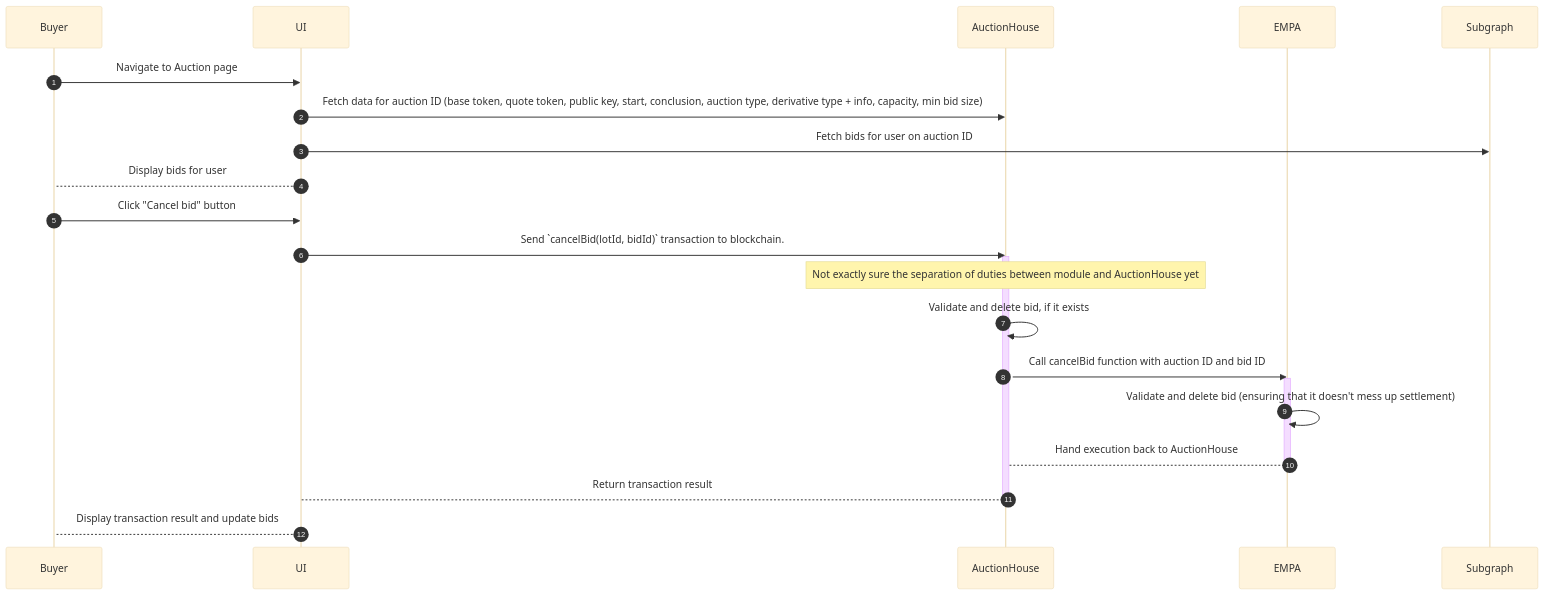
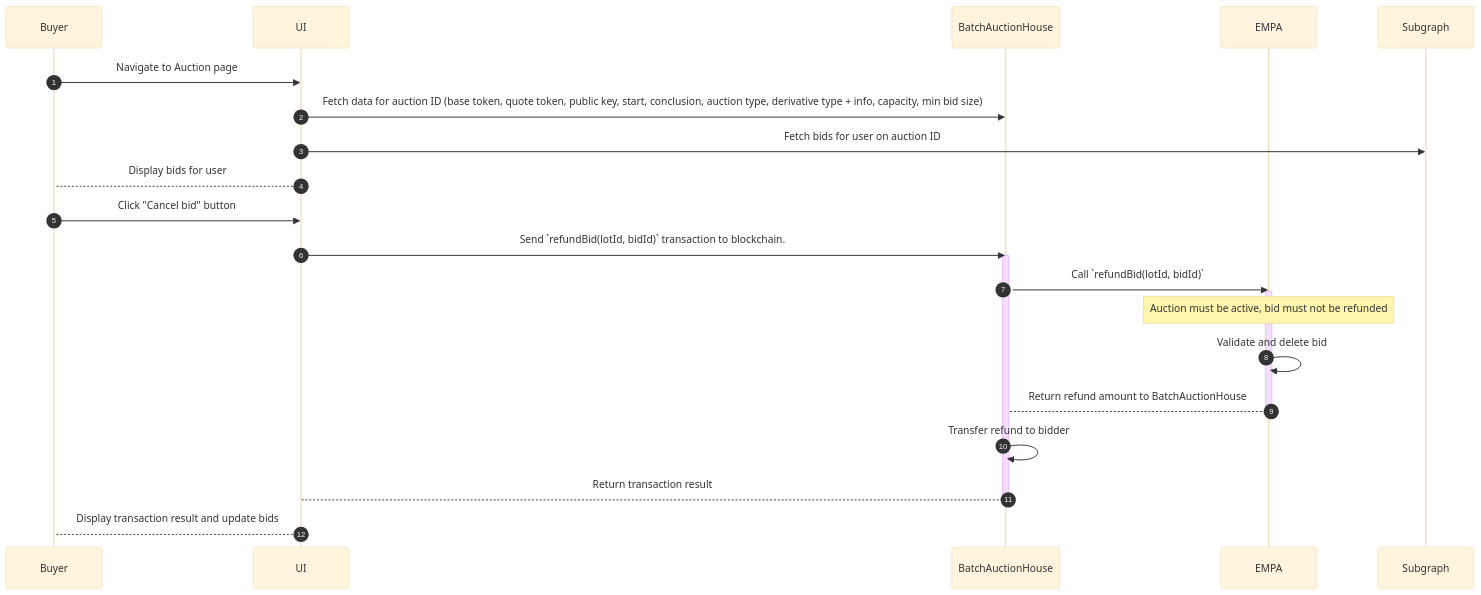
One commit to Axis-Fi/axis-core changed the third of 9 diagrams in design/EMPA.md. Above: the diagram before and after it, drawn with Mermaid (base theme). The commit also changed other lines of this file, not shown here.

````diff
--- a/design/EMPA.md
+++ b/design/EMPA.md
@@ -167,27 +192,27 @@
 ```mermaid
 sequenceDiagram
   autoNumber
   participant Buyer
   participant UI
-  participant AuctionHouse
+  participant BatchAuctionHouse
   participant EMPA
   participant Subgraph
 
   Buyer->>UI: Navigate to Auction page
-  UI->>AuctionHouse: Fetch data for auction ID (base token, quote token, public key, start, conclusion, auction type, derivative type + info, capacity, min bid size)
+  UI->>BatchAuctionHouse: Fetch data for auction ID (base token, quote token, public key, start, conclusion, auction type, derivative type + info, capacity, min bid size)
   UI->>Subgraph: Fetch bids for user on auction ID
   UI-->Buyer: Display bids for user
   Buyer->>UI: Click "Cancel bid" button
-  UI->>AuctionHouse: Send `cancelBid(lotId, bidId)` transaction to blockchain.
-  activate AuctionHouse
-    Note over AuctionHouse: Not exactly sure the separation of duties between module and AuctionHouse yet
-    AuctionHouse->>AuctionHouse: Validate and delete bid, if it exists
-    AuctionHouse->>EMPA: Call cancelBid function with auction ID and bid ID
+  UI->>BatchAuctionHouse: Send `refundBid(lotId, bidId)` transaction to blockchain.
+  activate BatchAuctionHouse
+    BatchAuctionHouse->>EMPA: Call `refundBid(lotId, bidId)`
     activate EMPA
-        EMPA->>EMPA: Validate and delete bid (ensuring that it doesn't mess up settlement)
-        EMPA-->AuctionHouse: Hand execution back to AuctionHouse
+        Note over EMPA: Auction must be active, bid must not be refunded
+        EMPA->>EMPA: Validate and delete bid
+        EMPA-->BatchAuctionHouse: Return refund amount to BatchAuctionHouse
     deactivate EMPA
-    AuctionHouse-->UI: Return transaction result
-  deactivate AuctionHouse
+    BatchAuctionHouse->>BatchAuctionHouse: Transfer refund to bidder
+    BatchAuctionHouse-->UI: Return transaction result
+  deactivate BatchAuctionHouse
   UI-->Buyer: Display transaction result and update bids
 ```
````
